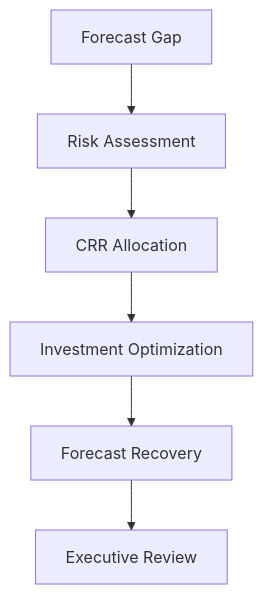
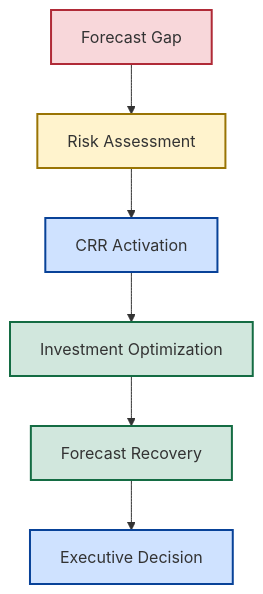
Before and after one commit to AwesomeAnil/newbridge-saas-operating-system: the third of 3 diagrams in README.md, drawn with Mermaid. The commit also changed other lines of this file and 1 other file, not shown here.

````diff
--- a/README.md
+++ b/README.md
@@ -171,15 +195,22 @@
 ```mermaid
 flowchart TD
 
-A[Forecast Gap]
+A["Forecast Gap"]
 
-A --> B[Risk Assessment]
+A --> B["Risk Assessment"]
 
-B --> C[CRR Allocation]
+B --> C["CRR Activation"]
 
-C --> D[Investment Optimization]
+C --> D["Investment Optimization"]
 
-D --> E[Forecast Recovery]
+D --> E["Forecast Recovery"]
 
-E --> F[Executive Review]
+E --> F["Executive Decision"]
+
+style A fill:#f8d7da,stroke:#b02a37,stroke-width:2px
+style B fill:#fff3cd,stroke:#997404,stroke-width:2px
+style C fill:#cfe2ff,stroke:#084298,stroke-width:2px
+style D fill:#d1e7dd,stroke:#146c43,stroke-width:2px
+style E fill:#d1e7dd,stroke:#146c43,stroke-width:2px
+style F fill:#cfe2ff,stroke:#084298,stroke-width:2px
 ```
````
